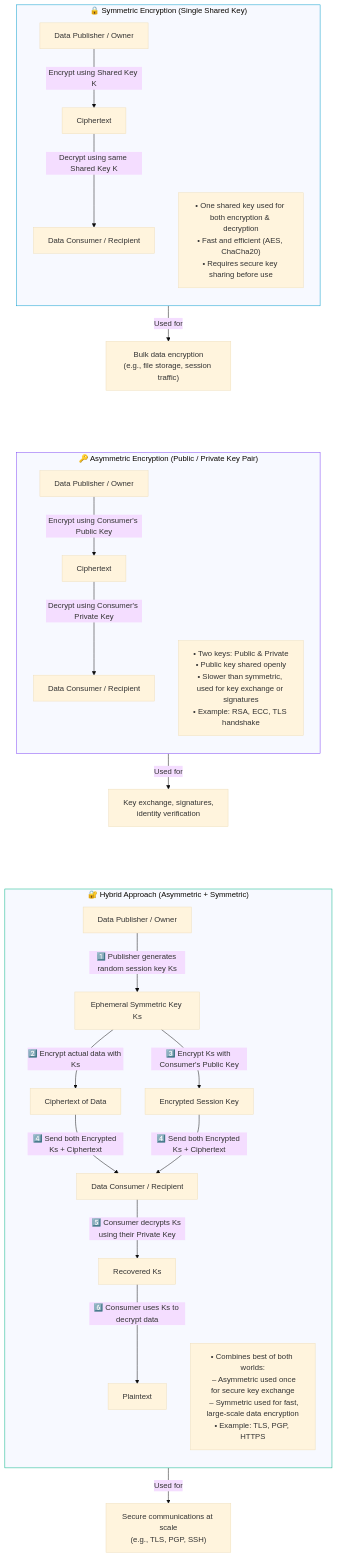
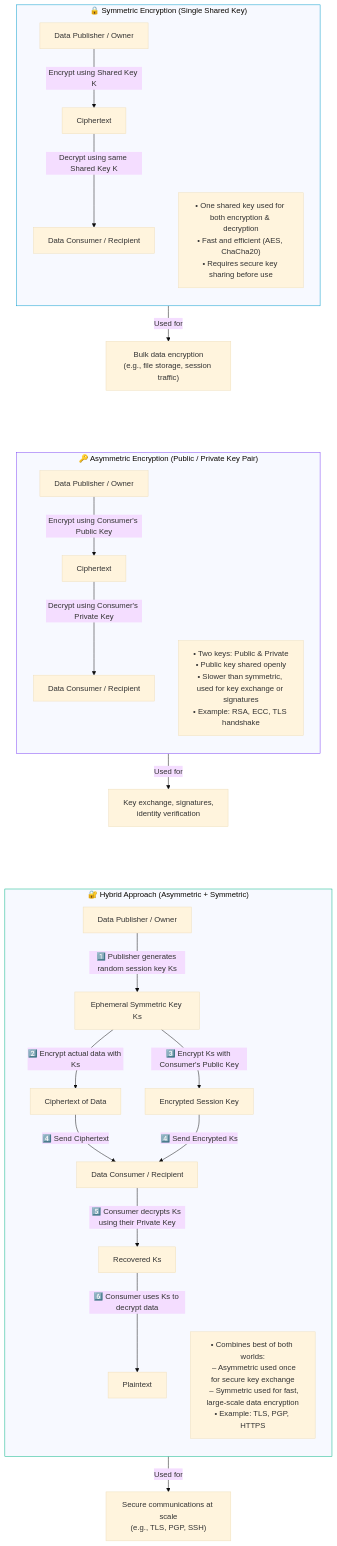
The diagram in diagrams/01-symmetric-asymmetric.mmd (irahulsawhney/crypto-concepts), drawn with Mermaid (base theme) before and after one commit.

Commit message:
Simplify hybrid encryption step 4 labels for clarity

```diff
--- a/diagrams/01-symmetric-asymmetric.mmd
+++ b/diagrams/01-symmetric-asymmetric.mmd
@@ -1,50 +1,50 @@
 flowchart TB
     %% === SYMMETRIC ENCRYPTION ===
     subgraph Symmetric_Encryption["🔒 Symmetric Encryption (Single Shared Key)"]
         direction TB
         P1["Data Publisher / Owner"]
         C1["Data Consumer / Recipient"]
         P1 -->|Encrypt using Shared Key K| B1[Ciphertext]
         B1 -->|Decrypt using same Shared Key K| C1
         N1["• One shared key used for both encryption & decryption<br/>• Fast and efficient (AES, ChaCha20)<br/>• Requires secure key sharing before use"]
     end
     Symmetric_Encryption -->|Used for| D1["Bulk data encryption<br/>(e.g., file storage, session traffic)"]
 
     D1 ~~~ separator1[ ]
     separator1 ~~~ Asymmetric_Encryption
 
     %% === ASYMMETRIC ENCRYPTION ===
     subgraph Asymmetric_Encryption["🔑 Asymmetric Encryption (Public / Private Key Pair)"]
         direction TB
         P2["Data Publisher / Owner"]
         C2["Data Consumer / Recipient"]
         P2 -->|Encrypt using Consumer's Public Key| B2[Ciphertext]
         B2 -->|Decrypt using Consumer's Private Key| C2
         N2["• Two keys: Public & Private<br/>• Public key shared openly<br/>• Slower than symmetric, used for key exchange or signatures<br/>• Example: RSA, ECC, TLS handshake"]
     end
     Asymmetric_Encryption -->|Used for| D2["Key exchange, signatures,<br/>identity verification"]
 
     D2 ~~~ separator2[ ]
     separator2 ~~~ Hybrid_Encryption
 
     %% === HYBRID ENCRYPTION ===
     subgraph Hybrid_Encryption["🔐 Hybrid Approach (Asymmetric + Symmetric)"]
         direction TB
         PH["Data Publisher / Owner"]
         CH["Data Consumer / Recipient"]
         PH -->|1️⃣ Publisher generates random session key Ks| Step1["Ephemeral Symmetric Key Ks"]
         Step1 -->|2️⃣ Encrypt actual data with Ks| Step2["Ciphertext of Data"]
         Step1 -->|3️⃣ Encrypt Ks with Consumer's Public Key| Step3["Encrypted Session Key"]
-        Step2 -->|4️⃣ Send both Encrypted Ks + Ciphertext| CH
-        Step3 -->|4️⃣ Send both Encrypted Ks + Ciphertext| CH
+        Step2 -->|4️⃣ Send Ciphertext| CH
+        Step3 -->|4️⃣ Send Encrypted Ks| CH
         CH -->|5️⃣ Consumer decrypts Ks using their Private Key| Step4["Recovered Ks"]
         Step4 -->|6️⃣ Consumer uses Ks to decrypt data| Step5["Plaintext"]
         NH["• Combines best of both worlds:<br/>  – Asymmetric used once for secure key exchange<br/>  – Symmetric used for fast, large-scale data encryption<br/>• Example: TLS, PGP, HTTPS"]
     end
     Hybrid_Encryption -->|Used for| D3["Secure communications at scale<br/>(e.g., TLS, PGP, SSH)"]
 
     style Symmetric_Encryption stroke:#0099cc,stroke-width:1px
     style Asymmetric_Encryption stroke:#7a42f4,stroke-width:1px
     style Hybrid_Encryption stroke:#00b386,stroke-width:1px
     style separator1 fill:none,stroke:none
     style separator2 fill:none,stroke:none
```
